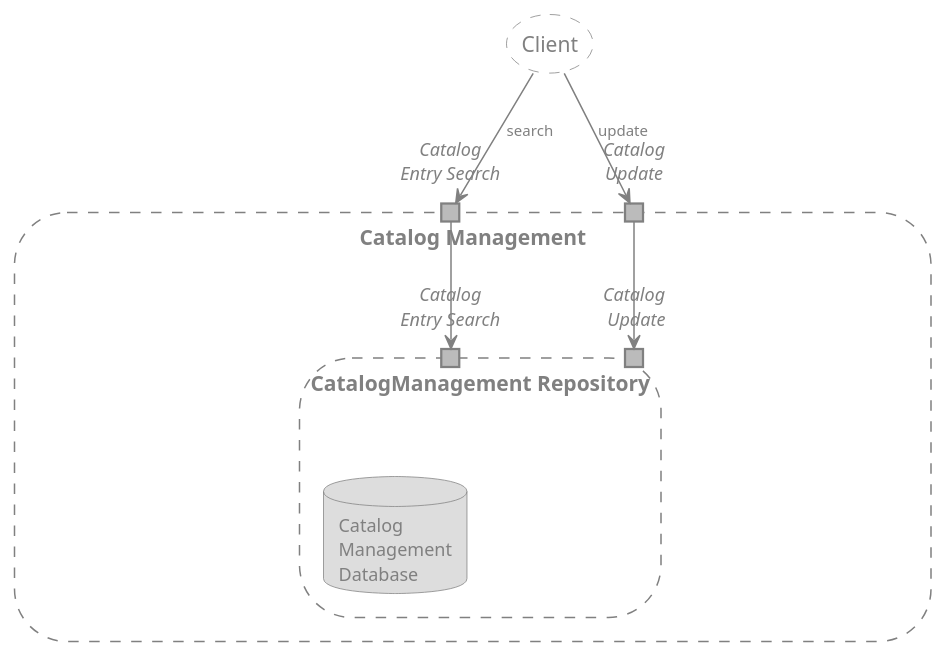
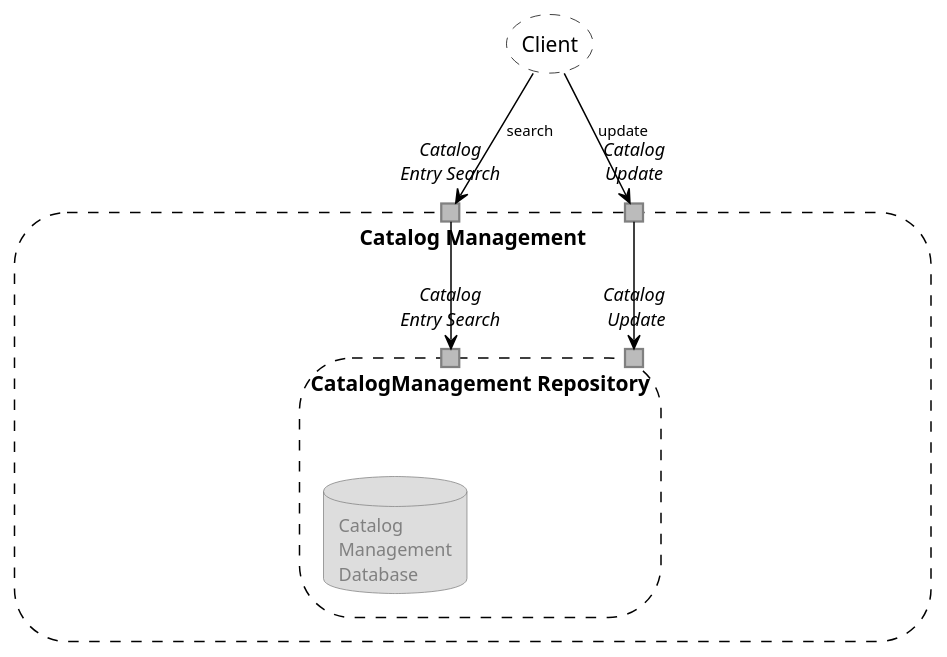
One commit to Grinseteddy/MasteringDdd changed the diagram in TacticalDesign/Library/CatalogManagementRepository.puml. Above: the diagram before and after it, drawn with PlantUML. The commit also changed 1 other file, not shown here.

```diff
--- a/TacticalDesign/Library/CatalogManagementRepository.puml
+++ b/TacticalDesign/Library/CatalogManagementRepository.puml
@@ -1,100 +1,100 @@
 @startuml
 'https://plantuml.com/class-diagram
 
 hide empty members
 skinparam linetype polyline
 allowmixing
 '!pragma layout smetana
 
 skinparam class {
     backgroundcolor #FFFFFF
     backgroundcolor<<Aggregate>> #CCCCCC
     backgroundcolor<<Entity>> #DDDDDD
     backgroundcolor<<Value Object>> #EEEEEE
 
     bordercolor grey
-    fontcolor grey
-    fontcolor<<Aggregate>> grey
-    fontcolor<<Entity>> grey
-    fontcolor<<Value Object>> grey
+    fontcolor black
+    fontcolor<<Aggregate>> black
+    fontcolor<<Entity>> black
+    fontcolor<<Value Object>> black
 
-    attributefontcolor grey
+    attributefontcolor black
     attributefontsize 12
-    attributefontcolor<<Aggregate>> grey
+    attributefontcolor<<Aggregate>> black
 
-    stereotypefontcolor grey
+    stereotypefontcolor black
     stereotypefontsize 8
 
 
 }
 
 skinparam arrow {
-    color grey
-    fontcolor grey
+    color black
+    fontcolor black
     fontsize 10
 }
 
 skinparam storage {
     backgroundcolor white
-    bordercolor grey
+    bordercolor black
     borderstyle dashed
-    fontcolor grey
+    fontcolor black
 
 }
 
 skinparam note {
     backgroundcolor white
-    fontcolor grey
+    fontcolor black
     fontstyle italic
     fontsize 10
     bordercolor grey
 
 }
 
 <style>
 port {
   LineColor grey
   BackgroundColor #BBBBBB
-  fontcolor grey
+  fontcolor black
   fontsize 12
   fontstyle italic
 }
 </style>
 
 skinparam database {
     backgroundcolor #DDDDDD
     bordercolor grey
     fontcolor grey
     fontsize 12
 }
 
 storage "Catalog Management" as catalogBoundedContext  {
 
 
     portIn "Catalog\nEntry Search" as portCatalogEntrySearchService
     portIn "Catalog\nUpdate" as portCatalogUpdateService
 
 
 
     storage "CatalogManagement Repository" {
 
         portIn "Catalog\nEntry Search" as portSearch
         portIn "Catalog\n Update" as portUpdate
 
         database "Catalog\nManagement\nDatabase" as repoCatalogManagement {
 
         }
     }
 }
 
 
 
 storage "Client" as client
 
 client --> portCatalogEntrySearchService : search
 client --> portCatalogUpdateService : update
 
 portCatalogEntrySearchService --> portSearch
 portCatalogUpdateService --> portUpdate
 
 @enduml
```
